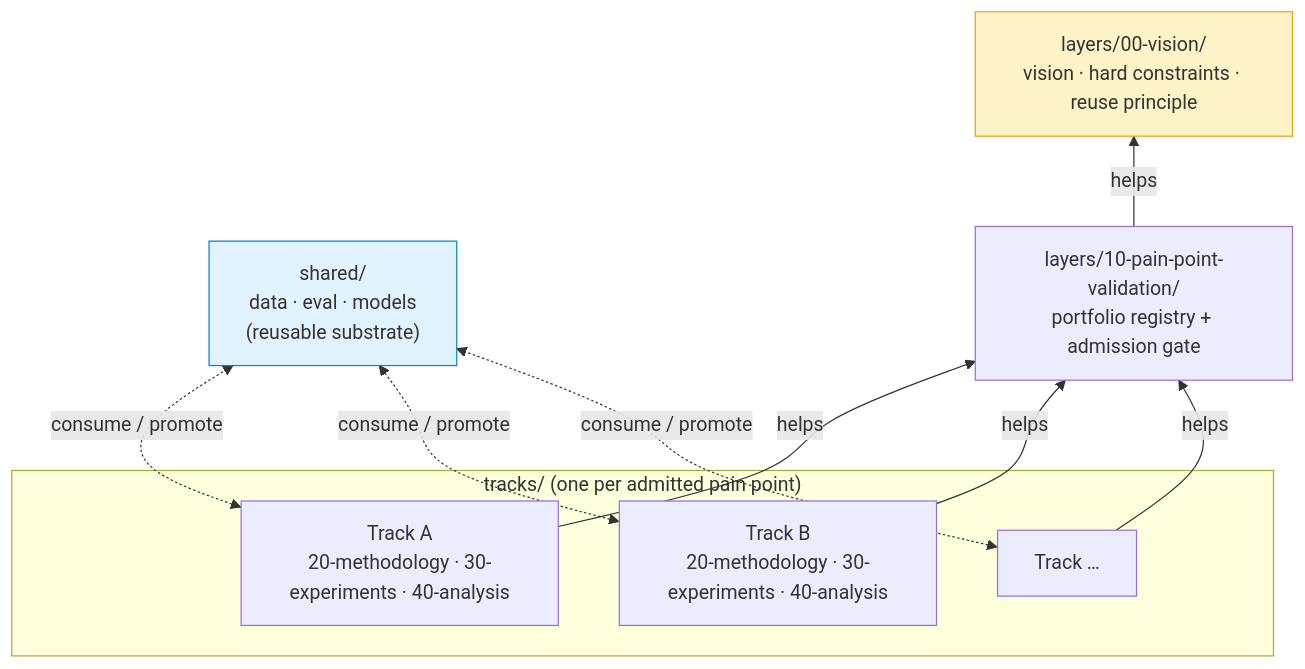
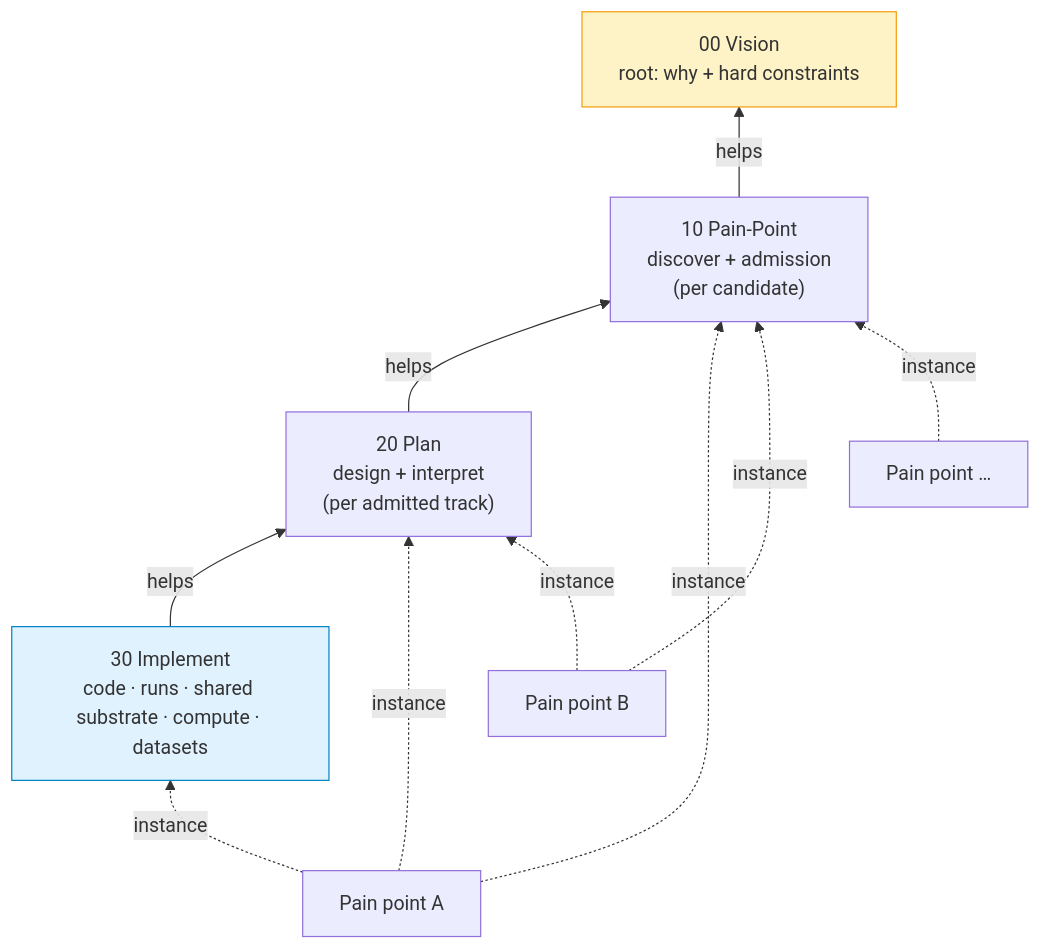
The diagram in CLAUDE.md (zzyy-gh/ahbu), drawn with Mermaid before and after one commit. The commit also changed other lines of this file and 57 other files, not shown here.

First line of the commit message:
Restructure: 4 layers (00-vision/10-pain-point/20-plan/30-implement)

````diff
--- a/CLAUDE.md
+++ b/CLAUDE.md
@@ -9,23 +9,24 @@
 ```mermaid
 graph BT
-    subgraph TR["tracks/  (one per admitted pain point)"]
-        T1["Track A<br/>20-methodology · 30-experiments · 40-analysis"]
-        T2["Track B<br/>20-methodology · 30-experiments · 40-analysis"]
-        T3["Track …"]
-    end
-    SH["shared/<br/>data · eval · models<br/>(reusable substrate)"]
-    PP["layers/10-pain-point-validation/<br/>portfolio registry + admission gate"]
-    V["layers/00-vision/<br/>vision · hard constraints · reuse principle"]
+    PT1["Pain point A"]
+    PT2["Pain point B"]
+    PTn["Pain point …"]
+    IM["30 Implement<br/>code · runs · shared substrate · compute · datasets"]
+    PL["20 Plan<br/>design + interpret<br/>(per admitted track)"]
+    PP["10 Pain-Point<br/>discover + admission<br/>(per candidate)"]
+    V["00 Vision<br/>root: why + hard constraints"]
 
-    T1 -- helps --> PP
-    T2 -- helps --> PP
-    T3 -- helps --> PP
+    IM -- helps --> PL
+    PL -- helps --> PP
     PP -- helps --> V
 
-    T1 <-. consume / promote .-> SH
-    T2 <-. consume / promote .-> SH
-    T3 <-. consume / promote .-> SH
+    PT1 -. instance .-> PP
+    PT1 -. instance .-> PL
+    PT1 -. instance .-> IM
+    PT2 -. instance .-> PP
+    PT2 -. instance .-> PL
+    PTn -. instance .-> PP
 
     style V fill:#fef3c7,stroke:#f59e0b
-    style SH fill:#e0f2fe,stroke:#0284c7
+    style IM fill:#e0f2fe,stroke:#0284c7
 ```
````
